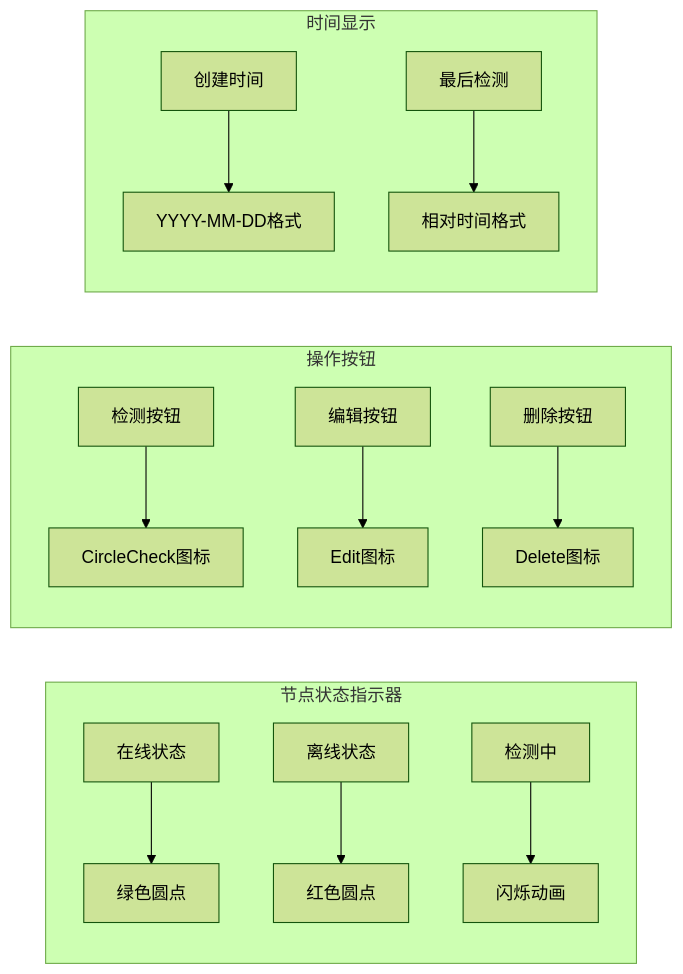
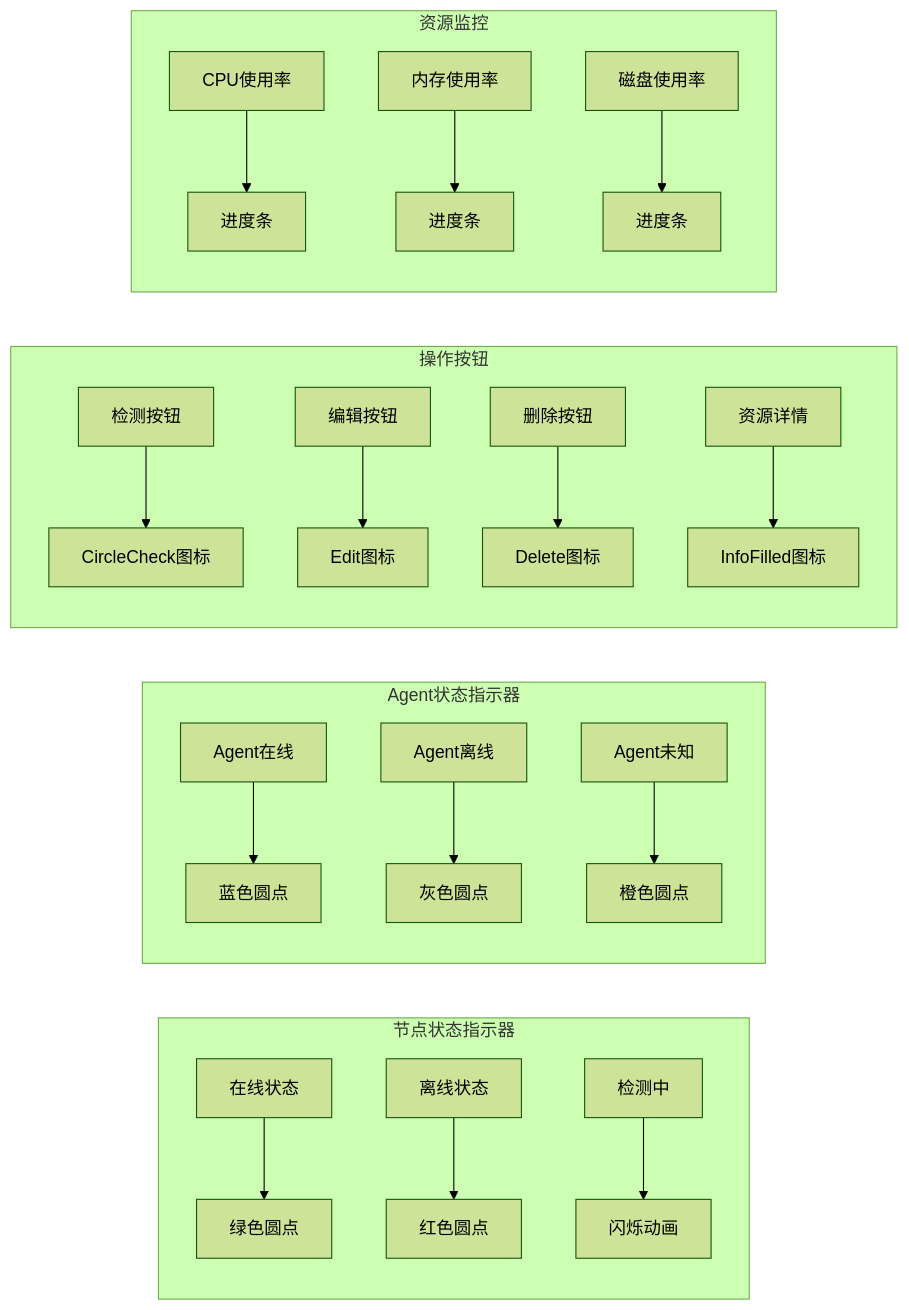
Diagram 12 of 15 in .qoder/repowiki/zh/content/核心业务模块/Slave节点管理系统/Slave节点管理系统.md (Liyuhao02/Jmeter-Admin), drawn with Mermaid (forest theme) before and after one commit. The commit also changed other lines of this file and 13 other files, not shown here.

````diff
--- a/.qoder/repowiki/zh/content/核心业务模块/Slave节点管理系统/Slave节点管理系统.md
+++ b/.qoder/repowiki/zh/content/核心业务模块/Slave节点管理系统/Slave节点管理系统.md
@@ -378,17 +483,24 @@
 ```mermaid
 graph LR
 subgraph "节点状态指示器"
 A[在线状态] --> B[绿色圆点]
 C[离线状态] --> D[红色圆点]
 E[检测中] --> F[闪烁动画]
 end
+subgraph "Agent状态指示器"
+G[Agent在线] --> H[蓝色圆点]
+I[Agent离线] --> J[灰色圆点]
+K[Agent未知] --> L[橙色圆点]
+end
 subgraph "操作按钮"
-G[检测按钮] --> H[CircleCheck图标]
-I[编辑按钮] --> J[Edit图标]
-K[删除按钮] --> L[Delete图标]
+M[检测按钮] --> N[CircleCheck图标]
+O[编辑按钮] --> P[Edit图标]
+Q[删除按钮] --> R[Delete图标]
+S[资源详情] --> T[InfoFilled图标]
 end
-subgraph "时间显示"
-M[创建时间] --> N[YYYY-MM-DD格式]
-O[最后检测] --> P[相对时间格式]
+subgraph "资源监控"
+U[CPU使用率] --> V[进度条]
+W[内存使用率] --> X[进度条]
+Y[磁盘使用率] --> Z[进度条]
 end
 ```
````
